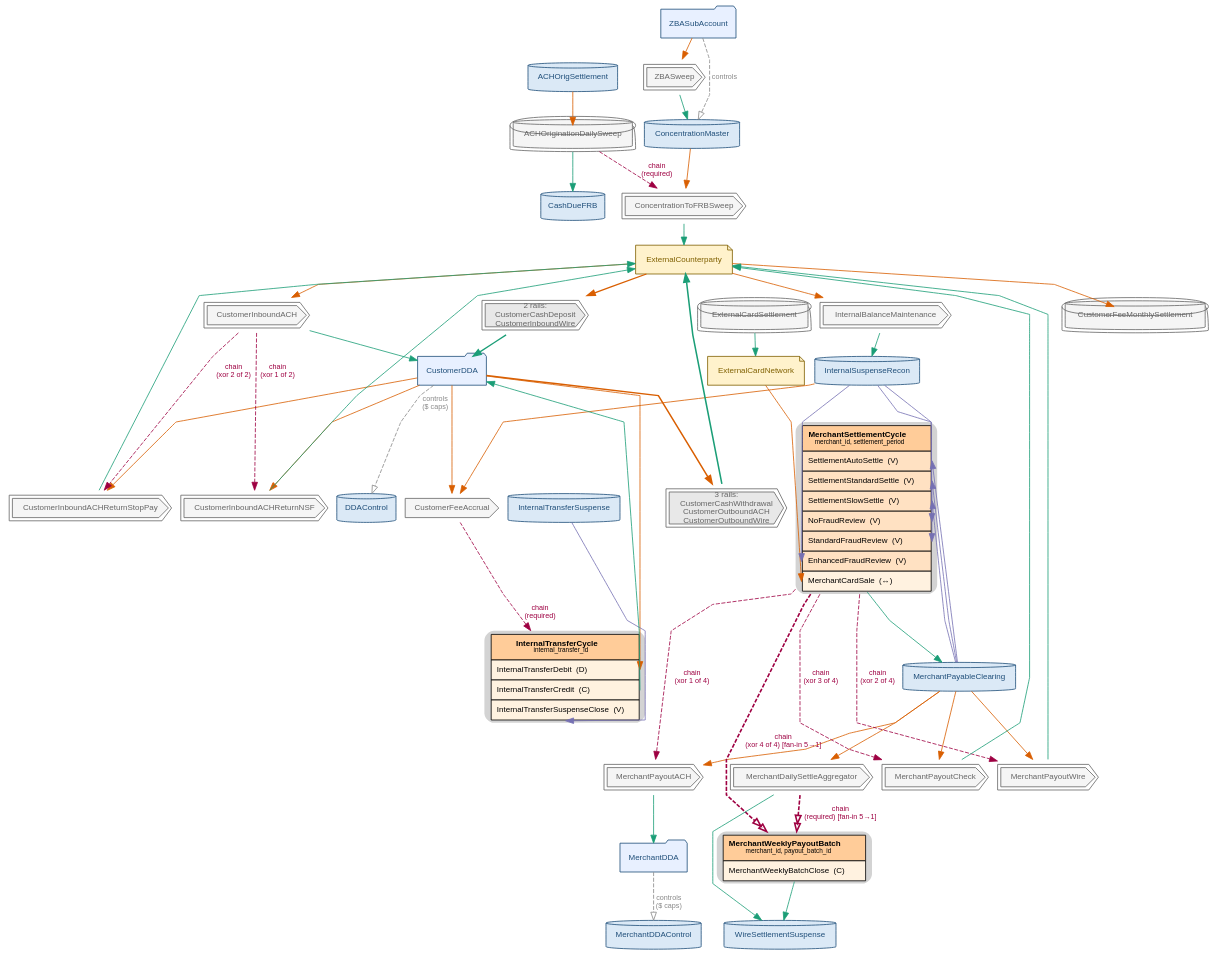
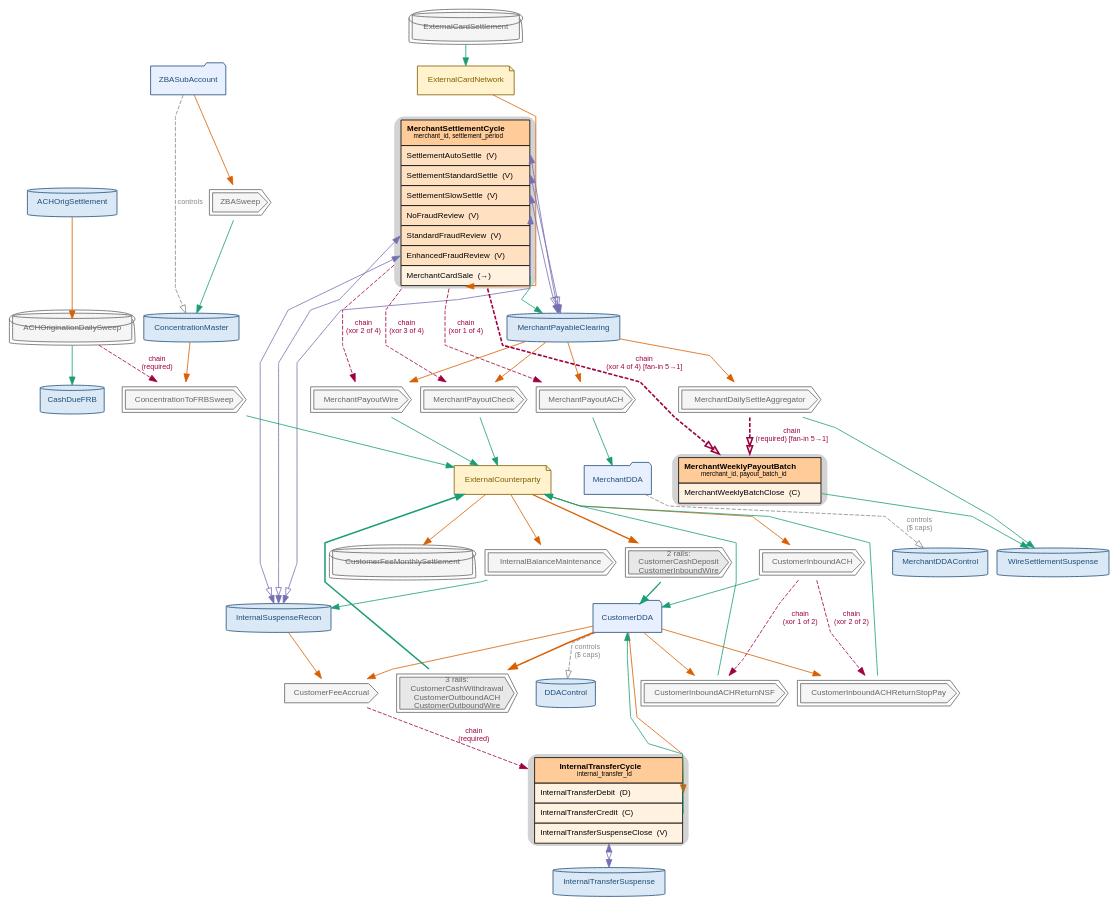
The diagram in docs/audits/cf_3_diagram_spike/sasquatch_pr_cf3f/l3.dot (chotchki/recon-gen), drawn with Graphviz before and after one commit. The commit also changed 14 other files, not shown here.

```diff
--- a/docs/audits/cf_3_diagram_spike/sasquatch_pr_cf3f/l3.dot
+++ b/docs/audits/cf_3_diagram_spike/sasquatch_pr_cf3f/l3.dot
@@ -1,126 +1,126 @@
 // L2 topology (rails as nodes) for instance 'spike'
 digraph l2_topology_per_rail_spike {
 	mclimit=10.0 nodesep=0.15 overlap=false rankdir=TB ranksep=0.35 splines=polyline
 	node [fontname=Helvetica fontsize=10 style="filled,rounded"]
 	edge [fontname=Helvetica fontsize=9]
 	role__ACHOrigSettlement [label=ACHOrigSettlement color="#1f4e79" fillcolor="#dbe9f6" fontcolor="#1f4e79" shape=cylinder]
 	role__CashDueFRB [label=CashDueFRB color="#1f4e79" fillcolor="#dbe9f6" fontcolor="#1f4e79" shape=cylinder]
 	role__ConcentrationMaster [label=ConcentrationMaster color="#1f4e79" fillcolor="#dbe9f6" fontcolor="#1f4e79" shape=cylinder]
 	role__CustomerDDA [label=CustomerDDA color="#1f4e79" fillcolor="#e8f0ff" fontcolor="#1f4e79" shape=folder]
 	role__DDAControl [label=DDAControl color="#1f4e79" fillcolor="#dbe9f6" fontcolor="#1f4e79" shape=cylinder]
 	role__ExternalCardNetwork [label=ExternalCardNetwork color="#7f6000" fillcolor="#fff2cc" fontcolor="#7f6000" shape=note]
 	role__ExternalCounterparty [label=ExternalCounterparty color="#7f6000" fillcolor="#fff2cc" fontcolor="#7f6000" shape=note]
 	role__InternalSuspenseRecon [label=InternalSuspenseRecon color="#1f4e79" fillcolor="#dbe9f6" fontcolor="#1f4e79" shape=cylinder]
 	role__InternalTransferSuspense [label=InternalTransferSuspense color="#1f4e79" fillcolor="#dbe9f6" fontcolor="#1f4e79" shape=cylinder]
 	role__MerchantDDA [label=MerchantDDA color="#1f4e79" fillcolor="#e8f0ff" fontcolor="#1f4e79" shape=folder]
 	role__MerchantDDAControl [label=MerchantDDAControl color="#1f4e79" fillcolor="#dbe9f6" fontcolor="#1f4e79" shape=cylinder]
 	role__MerchantPayableClearing [label=MerchantPayableClearing color="#1f4e79" fillcolor="#dbe9f6" fontcolor="#1f4e79" shape=cylinder]
 	role__WireSettlementSuspense [label=WireSettlementSuspense color="#1f4e79" fillcolor="#dbe9f6" fontcolor="#1f4e79" shape=cylinder]
 	role__ZBASubAccount [label=ZBASubAccount color="#1f4e79" fillcolor="#e8f0ff" fontcolor="#1f4e79" shape=folder]
 	tmpl__InternalTransferCycle [label=<<TABLE BORDER="0" CELLBORDER="1" CELLSPACING="0" CELLPADDING="6">
   <TR><TD BGCOLOR="#ffcc99" PORT="hdr"><B>InternalTransferCycle</B><BR/><FONT POINT-SIZE="8">internal_transfer_id</FONT></TD></TR>
   <TR><TD BGCOLOR="#fff2e0" PORT="leg_InternalTransferDebit" ALIGN="LEFT">InternalTransferDebit  (D)</TD></TR>
   <TR><TD BGCOLOR="#fff2e0" PORT="leg_InternalTransferCredit" ALIGN="LEFT">InternalTransferCredit  (C)</TD></TR>
   <TR><TD BGCOLOR="#fff2e0" PORT="leg_InternalTransferSuspenseClose" ALIGN="LEFT">InternalTransferSuspenseClose  (V)</TD></TR>
 </TABLE>> shape=plaintext]
 	tmpl__MerchantSettlementCycle [label=<<TABLE BORDER="0" CELLBORDER="1" CELLSPACING="0" CELLPADDING="6">
   <TR><TD BGCOLOR="#ffcc99" PORT="hdr"><B>MerchantSettlementCycle</B><BR/><FONT POINT-SIZE="8">merchant_id, settlement_period</FONT></TD></TR>
   <TR><TD BGCOLOR="#ffe1c2" PORT="leg_SettlementAutoSettle" ALIGN="LEFT">SettlementAutoSettle  (V)</TD></TR>
   <TR><TD BGCOLOR="#ffe1c2" PORT="leg_SettlementStandardSettle" ALIGN="LEFT">SettlementStandardSettle  (V)</TD></TR>
   <TR><TD BGCOLOR="#ffe1c2" PORT="leg_SettlementSlowSettle" ALIGN="LEFT">SettlementSlowSettle  (V)</TD></TR>
   <TR><TD BGCOLOR="#ffe1c2" PORT="leg_NoFraudReview" ALIGN="LEFT">NoFraudReview  (V)</TD></TR>
   <TR><TD BGCOLOR="#ffe1c2" PORT="leg_StandardFraudReview" ALIGN="LEFT">StandardFraudReview  (V)</TD></TR>
   <TR><TD BGCOLOR="#ffe1c2" PORT="leg_EnhancedFraudReview" ALIGN="LEFT">EnhancedFraudReview  (V)</TD></TR>
-  <TR><TD BGCOLOR="#fff2e0" PORT="leg_MerchantCardSale" ALIGN="LEFT">MerchantCardSale  (↔)</TD></TR>
+  <TR><TD BGCOLOR="#fff2e0" PORT="leg_MerchantCardSale" ALIGN="LEFT">MerchantCardSale  (→)</TD></TR>
 </TABLE>> shape=plaintext]
 	tmpl__MerchantWeeklyPayoutBatch [label=<<TABLE BORDER="0" CELLBORDER="1" CELLSPACING="0" CELLPADDING="6">
   <TR><TD BGCOLOR="#ffcc99" PORT="hdr"><B>MerchantWeeklyPayoutBatch</B><BR/><FONT POINT-SIZE="8">merchant_id, payout_batch_id</FONT></TD></TR>
   <TR><TD BGCOLOR="#fff2e0" PORT="leg_MerchantWeeklyBatchClose" ALIGN="LEFT">MerchantWeeklyBatchClose  (C)</TD></TR>
 </TABLE>> shape=plaintext]
 	rail__CustomerInboundACH [label=CustomerInboundACH color="#666666" fillcolor="#f5f5f5" fontcolor="#666666" peripheries=2 shape=cds style=filled]
 	rail__CustomerFeeAccrual [label=CustomerFeeAccrual color="#666666" fillcolor="#f5f5f5" fontcolor="#666666" shape=cds style=filled]
 	rail__ZBASweep [label=ZBASweep color="#666666" fillcolor="#f5f5f5" fontcolor="#666666" peripheries=2 shape=cds style=filled]
 	rail__ConcentrationToFRBSweep [label=ConcentrationToFRBSweep color="#666666" fillcolor="#f5f5f5" fontcolor="#666666" peripheries=2 shape=cds style=filled]
 	rail__ACHOriginationDailySweep [label=ACHOriginationDailySweep color="#666666" fillcolor="#f5f5f5" fontcolor="#666666" peripheries=2 shape=cylinder style=filled]
 	rail__CustomerFeeMonthlySettlement [label=CustomerFeeMonthlySettlement color="#666666" fillcolor="#f5f5f5" fontcolor="#666666" peripheries=2 shape=cylinder style=filled]
 	rail__InternalBalanceMaintenance [label=InternalBalanceMaintenance color="#666666" fillcolor="#f5f5f5" fontcolor="#666666" peripheries=2 shape=cds style=filled]
 	rail__CustomerInboundACHReturnNSF [label=CustomerInboundACHReturnNSF color="#666666" fillcolor="#f5f5f5" fontcolor="#666666" peripheries=2 shape=cds style=filled]
 	rail__CustomerInboundACHReturnStopPay [label=CustomerInboundACHReturnStopPay color="#666666" fillcolor="#f5f5f5" fontcolor="#666666" peripheries=2 shape=cds style=filled]
 	rail__MerchantPayoutACH [label=MerchantPayoutACH color="#666666" fillcolor="#f5f5f5" fontcolor="#666666" peripheries=2 shape=cds style=filled]
 	rail__MerchantPayoutWire [label=MerchantPayoutWire color="#666666" fillcolor="#f5f5f5" fontcolor="#666666" peripheries=2 shape=cds style=filled]
 	rail__MerchantPayoutCheck [label=MerchantPayoutCheck color="#666666" fillcolor="#f5f5f5" fontcolor="#666666" peripheries=2 shape=cds style=filled]
 	rail__ExternalCardSettlement [label=ExternalCardSettlement color="#666666" fillcolor="#f5f5f5" fontcolor="#666666" peripheries=2 shape=cylinder style=filled]
 	rail__MerchantDailySettleAggregator [label=MerchantDailySettleAggregator color="#666666" fillcolor="#f5f5f5" fontcolor="#666666" peripheries=2 shape=cds style=filled]
 	rail__bundle_0 [label="2 rails:
 CustomerCashDeposit
 CustomerInboundWire" color="#666666" fillcolor="#e8e8e8" fontcolor="#666666" peripheries=2 shape=cds style=filled]
 	rail__bundle_1 [label="3 rails:
 CustomerCashWithdrawal
 CustomerOutboundACH
 CustomerOutboundWire" color="#666666" fillcolor="#e8e8e8" fontcolor="#666666" peripheries=2 shape=cds style=filled]
 	role__ExternalCounterparty -> rail__CustomerInboundACH [arrowhead=normal color="#d95f02"]
 	rail__CustomerInboundACH -> role__CustomerDDA [arrowhead=normal color="#1b9e77"]
 	role__CustomerDDA -> tmpl__InternalTransferCycle:leg_InternalTransferDebit [arrowhead=normal color="#d95f02"]
 	tmpl__InternalTransferCycle:leg_InternalTransferCredit -> role__CustomerDDA [arrowhead=normal color="#1b9e77"]
-	role__InternalTransferSuspense -> tmpl__InternalTransferCycle:leg_InternalTransferSuspenseClose [arrowhead=normal color="#7570b3"]
+	tmpl__InternalTransferCycle:leg_InternalTransferSuspenseClose -> role__InternalTransferSuspense [arrowhead=normalonormal color="#7570b3" dir=both]
 	role__CustomerDDA -> rail__CustomerFeeAccrual [arrowhead=normal color="#d95f02"]
 	role__InternalSuspenseRecon -> rail__CustomerFeeAccrual [arrowhead=normal color="#d95f02"]
 	role__ZBASubAccount -> rail__ZBASweep [arrowhead=normal color="#d95f02"]
 	rail__ZBASweep -> role__ConcentrationMaster [arrowhead=normal color="#1b9e77"]
 	role__ConcentrationMaster -> rail__ConcentrationToFRBSweep [arrowhead=normal color="#d95f02"]
 	rail__ConcentrationToFRBSweep -> role__ExternalCounterparty [arrowhead=normal color="#1b9e77"]
 	role__ACHOrigSettlement -> rail__ACHOriginationDailySweep [arrowhead=normal color="#d95f02"]
 	rail__ACHOriginationDailySweep -> role__CashDueFRB [arrowhead=normal color="#1b9e77"]
 	role__ExternalCounterparty -> rail__CustomerFeeMonthlySettlement [arrowhead=normal color="#d95f02"]
 	role__ExternalCounterparty -> rail__InternalBalanceMaintenance [arrowhead=normal color="#d95f02"]
 	rail__InternalBalanceMaintenance -> role__InternalSuspenseRecon [arrowhead=normal color="#1b9e77"]
 	role__CustomerDDA -> rail__CustomerInboundACHReturnNSF [arrowhead=normal color="#d95f02"]
 	rail__CustomerInboundACHReturnNSF -> role__ExternalCounterparty [arrowhead=normal color="#1b9e77"]
 	role__CustomerDDA -> rail__CustomerInboundACHReturnStopPay [arrowhead=normal color="#d95f02"]
 	rail__CustomerInboundACHReturnStopPay -> role__ExternalCounterparty [arrowhead=normal color="#1b9e77"]
 	role__ExternalCardNetwork -> tmpl__MerchantSettlementCycle:leg_MerchantCardSale [arrowhead=normal color="#d95f02"]
 	tmpl__MerchantSettlementCycle:leg_MerchantCardSale -> role__MerchantPayableClearing [arrowhead=normal color="#1b9e77"]
 	role__MerchantPayableClearing -> rail__MerchantPayoutACH [arrowhead=normal color="#d95f02"]
 	rail__MerchantPayoutACH -> role__MerchantDDA [arrowhead=normal color="#1b9e77"]
 	role__MerchantPayableClearing -> rail__MerchantPayoutWire [arrowhead=normal color="#d95f02"]
 	rail__MerchantPayoutWire -> role__ExternalCounterparty [arrowhead=normal color="#1b9e77"]
 	role__MerchantPayableClearing -> rail__MerchantPayoutCheck [arrowhead=normal color="#d95f02"]
 	rail__MerchantPayoutCheck -> role__ExternalCounterparty [arrowhead=normal color="#1b9e77"]
 	rail__ExternalCardSettlement -> role__ExternalCardNetwork [arrowhead=normal color="#1b9e77"]
-	role__MerchantPayableClearing -> tmpl__MerchantSettlementCycle:leg_SettlementAutoSettle [arrowhead=normal color="#7570b3"]
-	role__MerchantPayableClearing -> tmpl__MerchantSettlementCycle:leg_SettlementStandardSettle [arrowhead=normal color="#7570b3"]
-	role__MerchantPayableClearing -> tmpl__MerchantSettlementCycle:leg_SettlementSlowSettle [arrowhead=normal color="#7570b3"]
-	role__InternalSuspenseRecon -> tmpl__MerchantSettlementCycle:leg_NoFraudReview [arrowhead=normal color="#7570b3"]
-	role__InternalSuspenseRecon -> tmpl__MerchantSettlementCycle:leg_StandardFraudReview [arrowhead=normal color="#7570b3"]
-	role__InternalSuspenseRecon -> tmpl__MerchantSettlementCycle:leg_EnhancedFraudReview [arrowhead=normal color="#7570b3"]
+	tmpl__MerchantSettlementCycle:leg_SettlementAutoSettle -> role__MerchantPayableClearing [arrowhead=normalonormal color="#7570b3" dir=both]
+	tmpl__MerchantSettlementCycle:leg_SettlementStandardSettle -> role__MerchantPayableClearing [arrowhead=normalonormal color="#7570b3" dir=both]
+	tmpl__MerchantSettlementCycle:leg_SettlementSlowSettle -> role__MerchantPayableClearing [arrowhead=normalonormal color="#7570b3" dir=both]
+	tmpl__MerchantSettlementCycle:leg_NoFraudReview -> role__InternalSuspenseRecon [arrowhead=normalonormal color="#7570b3" dir=both]
+	tmpl__MerchantSettlementCycle:leg_StandardFraudReview -> role__InternalSuspenseRecon [arrowhead=normalonormal color="#7570b3" dir=both]
+	tmpl__MerchantSettlementCycle:leg_EnhancedFraudReview -> role__InternalSuspenseRecon [arrowhead=normalonormal color="#7570b3" dir=both]
 	role__MerchantPayableClearing -> rail__MerchantDailySettleAggregator [arrowhead=normal color="#d95f02"]
 	rail__MerchantDailySettleAggregator -> role__WireSettlementSuspense [arrowhead=normal color="#1b9e77"]
 	tmpl__MerchantWeeklyPayoutBatch:leg_MerchantWeeklyBatchClose -> role__WireSettlementSuspense [arrowhead=normal color="#1b9e77"]
 	role__ExternalCounterparty -> rail__bundle_0 [arrowhead=normal color="#d95f02" penwidth=1.6]
 	rail__bundle_0 -> role__CustomerDDA [arrowhead=normal color="#1b9e77" penwidth=1.6]
 	role__CustomerDDA -> rail__bundle_1 [arrowhead=normal color="#d95f02" penwidth=1.9]
 	rail__bundle_1 -> role__ExternalCounterparty [arrowhead=normal color="#1b9e77" penwidth=1.9]
 	rail__ACHOriginationDailySweep -> rail__ConcentrationToFRBSweep [label="chain
 (required)" color="#9e0142" fontcolor="#9e0142" style=dashed]
 	rail__CustomerInboundACH -> rail__CustomerInboundACHReturnNSF [label="chain
 (xor 1 of 2)" color="#9e0142" fontcolor="#9e0142" style=dashed]
 	rail__CustomerInboundACH -> rail__CustomerInboundACHReturnStopPay [label="chain
 (xor 2 of 2)" color="#9e0142" fontcolor="#9e0142" style=dashed]
 	tmpl__MerchantSettlementCycle -> rail__MerchantPayoutACH [label="chain
 (xor 1 of 4)" color="#9e0142" fontcolor="#9e0142" style=dashed]
 	tmpl__MerchantSettlementCycle -> rail__MerchantPayoutWire [label="chain
 (xor 2 of 4)" color="#9e0142" fontcolor="#9e0142" style=dashed]
 	tmpl__MerchantSettlementCycle -> rail__MerchantPayoutCheck [label="chain
 (xor 3 of 4)" color="#9e0142" fontcolor="#9e0142" style=dashed]
 	tmpl__MerchantSettlementCycle -> tmpl__MerchantWeeklyPayoutBatch [label="chain
 (xor 4 of 4) [fan-in 5→1]" arrowhead=onormalonormal color="#9e0142" fontcolor="#9e0142" penwidth=2.0 style=dashed]
 	rail__CustomerFeeAccrual -> tmpl__InternalTransferCycle [label="chain
 (required)" color="#9e0142" fontcolor="#9e0142" style=dashed]
 	rail__MerchantDailySettleAggregator -> tmpl__MerchantWeeklyPayoutBatch [label="chain
 (required) [fan-in 5→1]" arrowhead=onormalonormal color="#9e0142" fontcolor="#9e0142" penwidth=2.0 style=dashed]
 	role__CustomerDDA -> role__DDAControl [label="controls
 ($ caps)" arrowhead=onormal color="#888888" fontcolor="#888888" style=dashed]
 	role__MerchantDDA -> role__MerchantDDAControl [label="controls
 ($ caps)" arrowhead=onormal color="#888888" fontcolor="#888888" style=dashed]
 	role__ZBASubAccount -> role__ConcentrationMaster [label=controls arrowhead=onormal color="#888888" fontcolor="#888888" style=dashed]
 }
```
